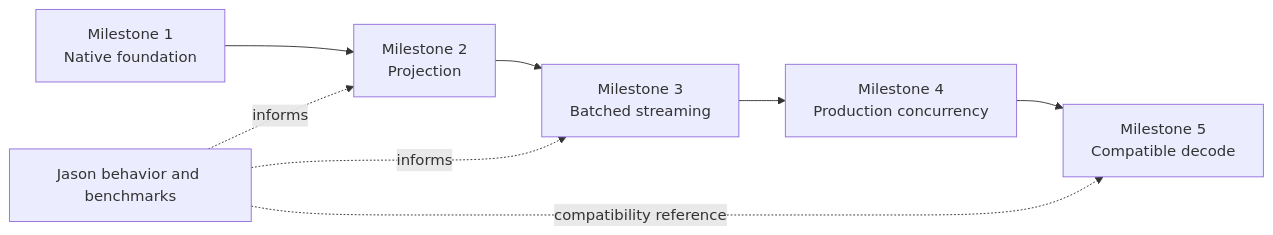
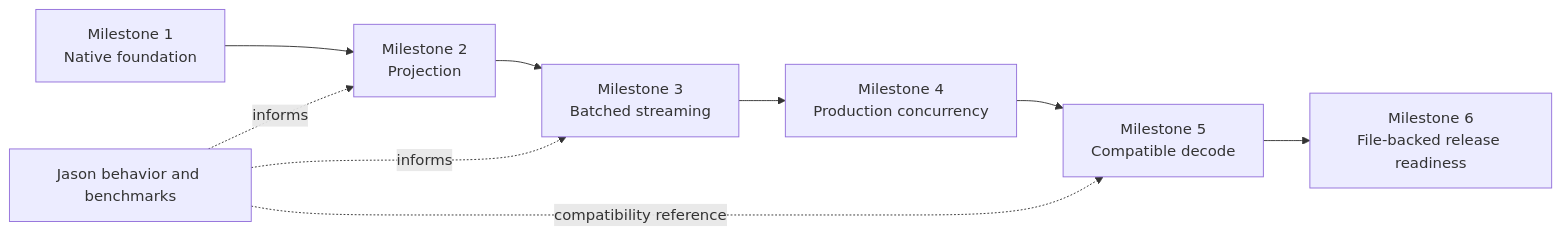
The diagram in docs/milestones/README.md (pcharbon70/simd_json), drawn with Mermaid before and after one commit. The commit also changed other lines of this file and 36 other files, not shown here.

Commit message:
Complete file-backed release qualification

````diff
--- a/docs/milestones/README.md
+++ b/docs/milestones/README.md
@@ -85,11 +85,12 @@
 ```mermaid
 flowchart LR
     M1[Milestone 1<br/>Native foundation] --> M2[Milestone 2<br/>Projection]
     M2 --> M3[Milestone 3<br/>Batched streaming]
     M3 --> M4[Milestone 4<br/>Production concurrency]
     M4 --> M5[Milestone 5<br/>Compatible decode]
+    M5 --> M6[Milestone 6<br/>File-backed release readiness]
 
     J[Jason behavior and benchmarks] -. informs .-> M2
     J -. informs .-> M3
     J -. compatibility reference .-> M5
 ```
````
